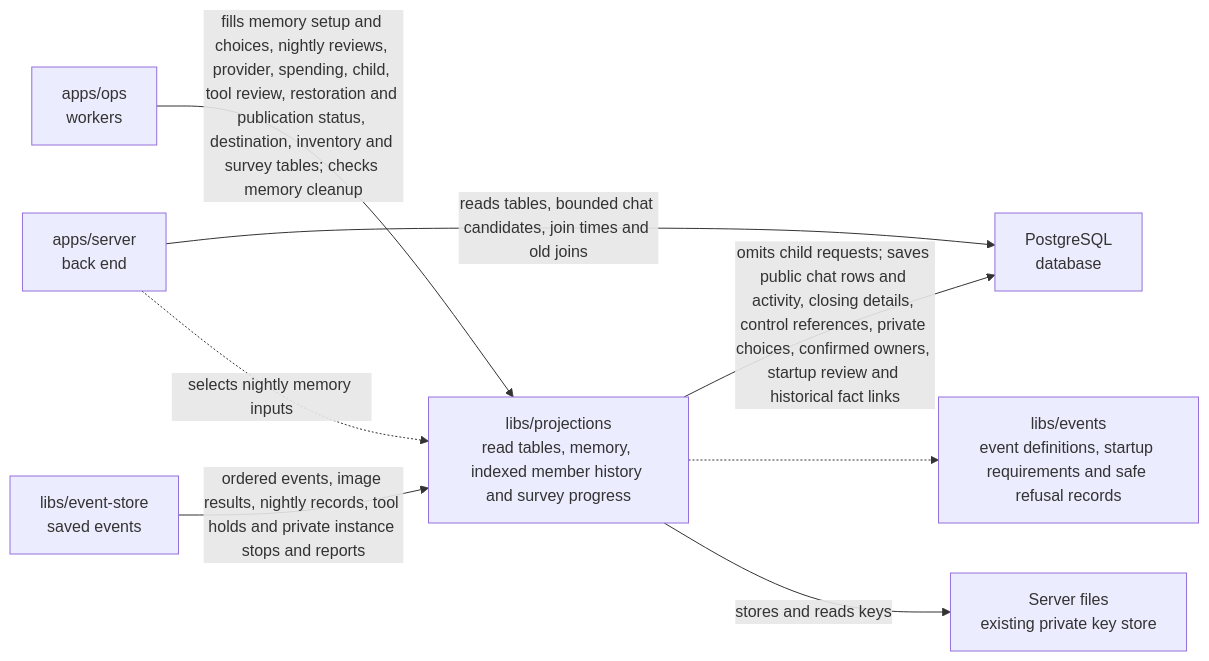
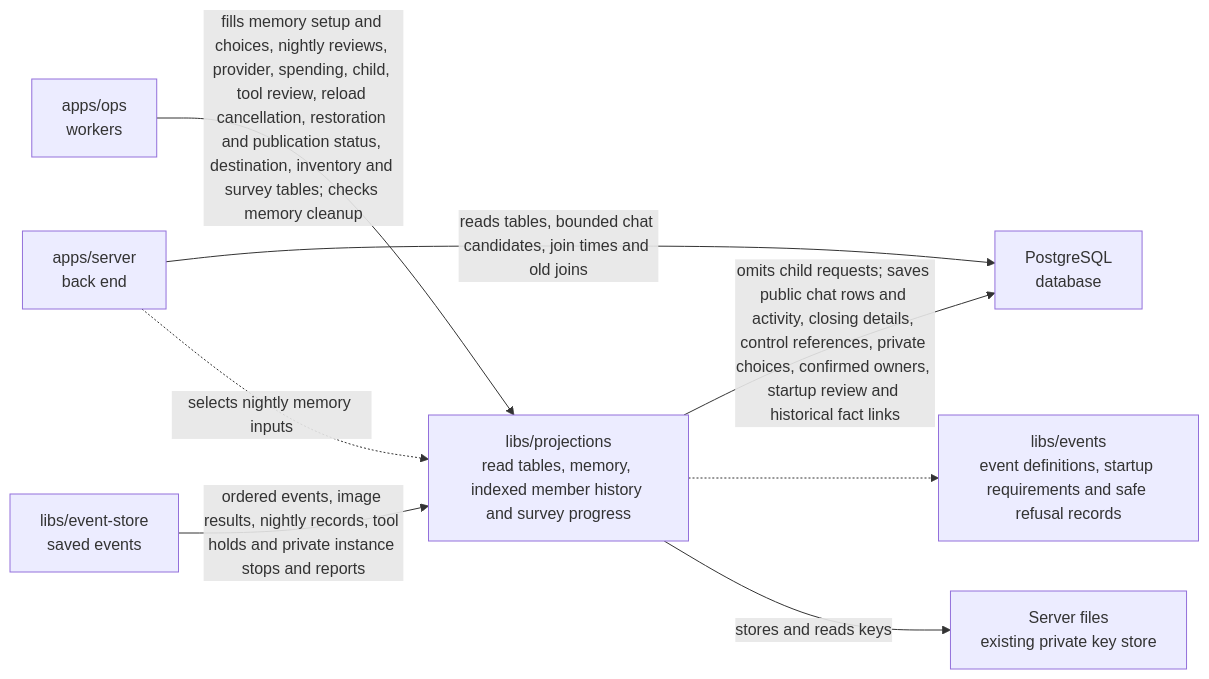
Before and after one commit to elewa-git/opencrane-new: the diagram in libs/projections/README.md, drawn with Mermaid. The commit also changed other lines of this file and 14 other files, not shown here.

Commit message:
🛑 End old tool approvals when a replacement publication is saved

````diff
--- a/libs/projections/README.md
+++ b/libs/projections/README.md
@@ -23,10 +23,10 @@
 ```mermaid
 flowchart LR
-  ops["apps/ops<br/>workers"] -->|fills memory setup and choices, nightly reviews, provider, spending, child, tool review, restoration and publication status, destination, inventory and survey tables; checks memory cleanup| projections["libs/projections<br/>read tables, memory, indexed member history and survey progress"]
+  ops["apps/ops<br/>workers"] -->|fills memory setup and choices, nightly reviews, provider, spending, child, tool review, reload cancellation, restoration and publication status, destination, inventory and survey tables; checks memory cleanup| projections["libs/projections<br/>read tables, memory, indexed member history and survey progress"]
   server["apps/server<br/>back end"] -->|reads tables, bounded chat candidates, join times and old joins| pg["PostgreSQL<br/>database"]
   projections -->|omits child requests; saves public chat rows and activity, closing details, control references, private choices, confirmed owners, startup review and historical fact links| pg
   store["libs/event-store<br/>saved events"] -->|ordered events, image results, nightly records, tool holds and private instance stops and reports| projections
   server -.->|selects nightly memory inputs| projections
   projections -.-> events["libs/events<br/>event definitions, startup requirements and safe refusal records"]
   projections -->|stores and reads keys| keys["Server files<br/>existing private key store"]
 ```
````
